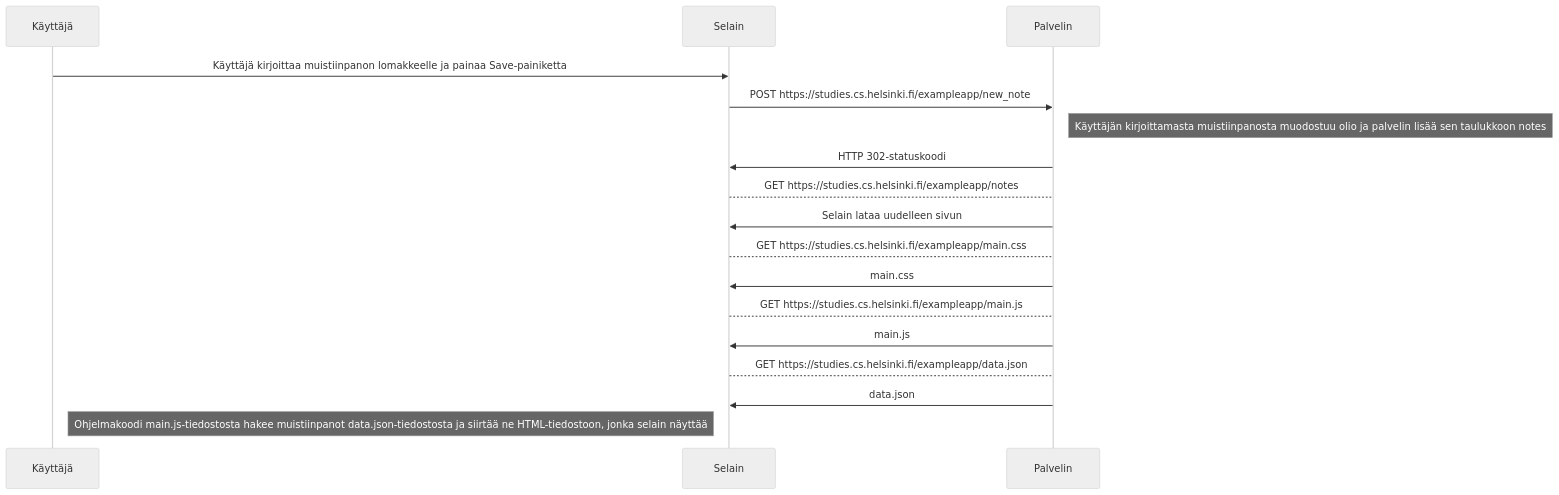
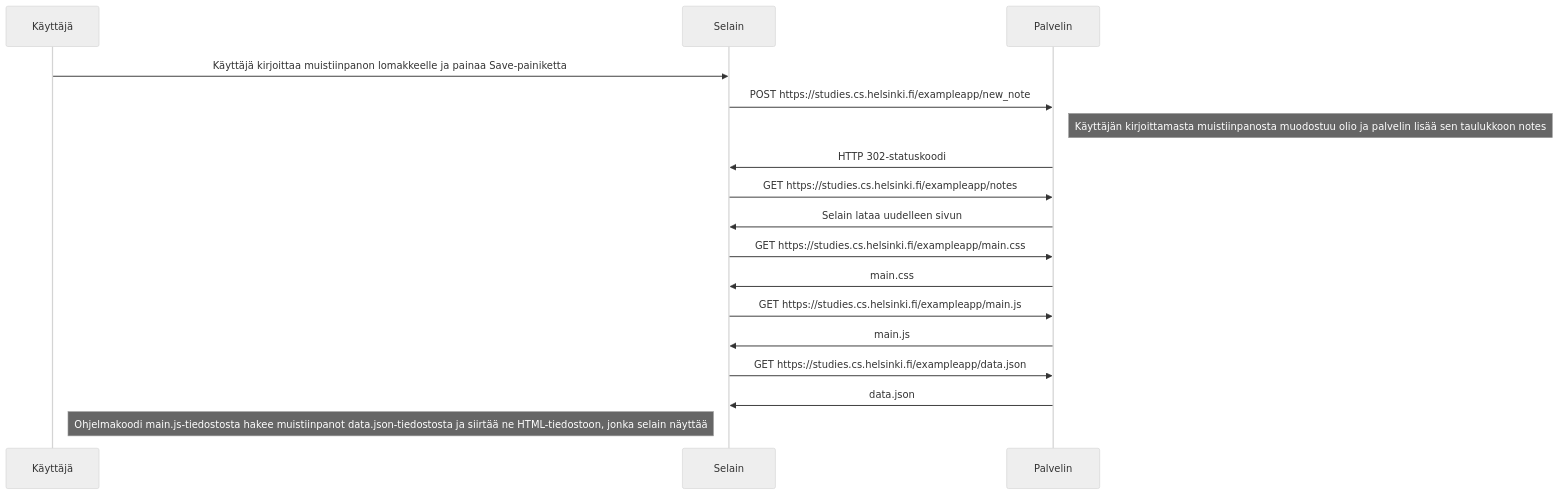
The diagram in osa0/README.md (juusorutanen/Full-Stack-Open-Course), drawn with Mermaid (neutral theme) before and after one commit.

````diff
--- a/osa0/README.md
+++ b/osa0/README.md
@@ -6,26 +6,26 @@
 ```mermaid
 
 sequenceDiagram
     participant Käyttäjä
     participant Selain
     participant Palvelin
     Käyttäjä->>Selain: Käyttäjä kirjoittaa muistiinpanon lomakkeelle ja painaa Save-painiketta
     
     Selain->>Palvelin: POST https://studies.cs.helsinki.fi/exampleapp/new_note
     Note right of Palvelin: Käyttäjän kirjoittamasta muistiinpanosta muodostuu olio ja palvelin lisää sen taulukkoon notes
     Palvelin->>Selain: HTTP 302-statuskoodi
-    Selain-->Palvelin: GET https://studies.cs.helsinki.fi/exampleapp/notes
+    Selain->>Palvelin: GET https://studies.cs.helsinki.fi/exampleapp/notes
     Palvelin->>Selain: Selain lataa uudelleen sivun
-    Selain-->Palvelin: GET https://studies.cs.helsinki.fi/exampleapp/main.css
+    Selain->>Palvelin: GET https://studies.cs.helsinki.fi/exampleapp/main.css
     Palvelin->>Selain: main.css
-    Selain-->Palvelin: GET https://studies.cs.helsinki.fi/exampleapp/main.js
+    Selain->>Palvelin: GET https://studies.cs.helsinki.fi/exampleapp/main.js
     Palvelin->>Selain: main.js
-    Selain-->Palvelin: GET https://studies.cs.helsinki.fi/exampleapp/data.json
+    Selain->>Palvelin: GET https://studies.cs.helsinki.fi/exampleapp/data.json
     Palvelin->>Selain: data.json
     Note left of Selain: Ohjelmakoodi main.js-tiedostosta hakee muistiinpanot data.json-tiedostosta ja siirtää ne HTML-tiedostoon, jonka selain näyttää
     
 
 
    
     
 ```
````
